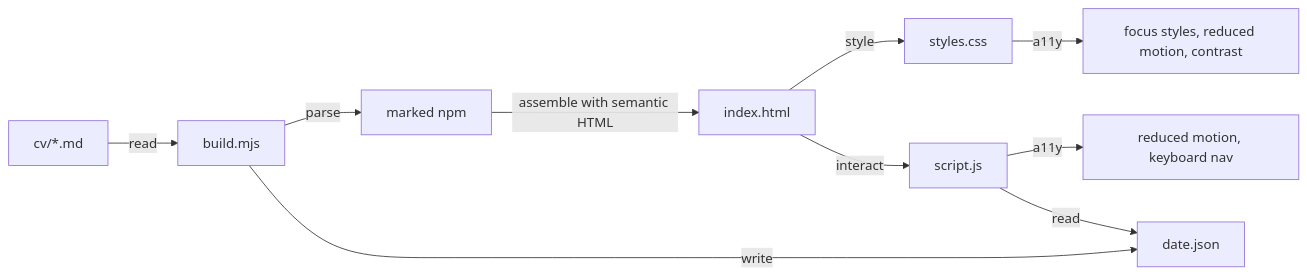
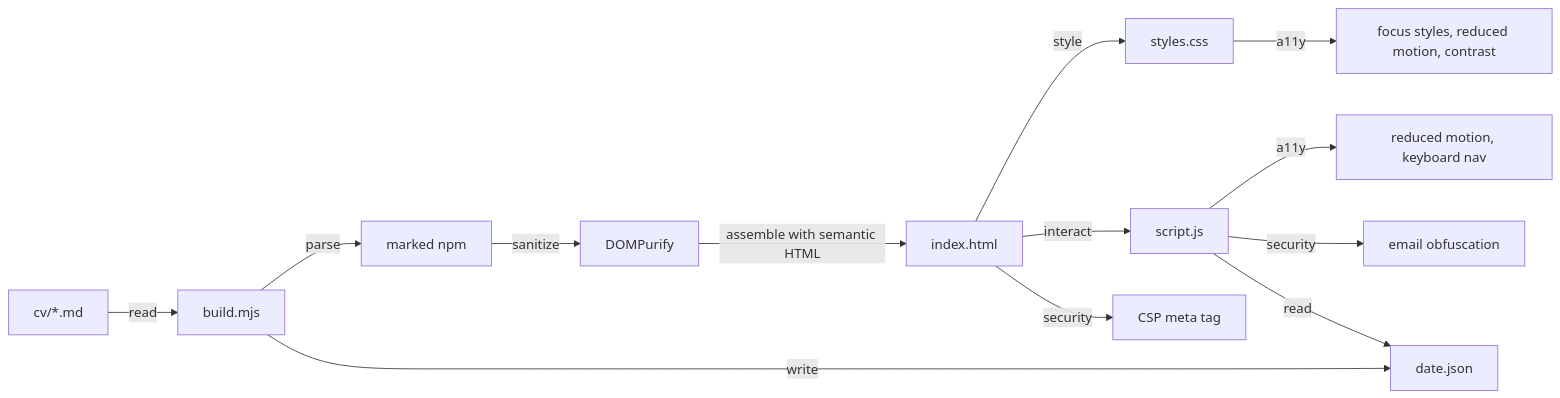
Before and after one commit to W01fw00d/portfolio: the diagram in docs/agents/plans/grill-portfolio-plan.md, drawn with Mermaid. The commit also changed other lines of this file, not shown here.

````diff
--- a/docs/agents/plans/grill-portfolio-plan.md
+++ b/docs/agents/plans/grill-portfolio-plan.md
@@ -167,12 +191,15 @@
 ```mermaid
 graph LR
   A[cv/*.md] -->|read| B[build.mjs]
   B -->|parse| C[marked npm]
-  C -->|assemble with semantic HTML| D[index.html]
-  D -->|style| E[styles.css]
-  E -->|a11y| F[focus styles, reduced motion, contrast]
-  D -->|interact| G[script.js]
-  G -->|a11y| H[reduced motion, keyboard nav]
-  G -->|read| I[date.json]
-  B -->|write| I
+  C -->|sanitize| D[DOMPurify]
+  D -->|assemble with semantic HTML| E[index.html]
+  E -->|style| F[styles.css]
+  F -->|a11y| G[focus styles, reduced motion, contrast]
+  E -->|interact| H[script.js]
+  H -->|a11y| I[reduced motion, keyboard nav]
+  H -->|security| J[email obfuscation]
+  H -->|read| K[date.json]
+  B -->|write| K
+  E -->|security| L[CSP meta tag]
 ```
````
